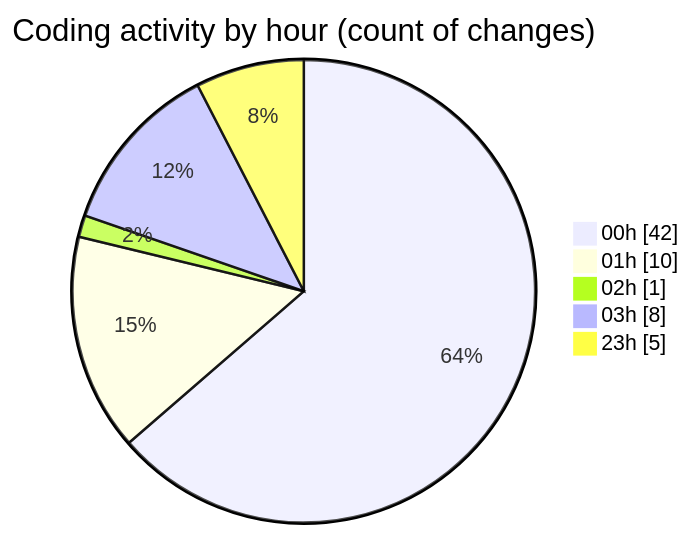
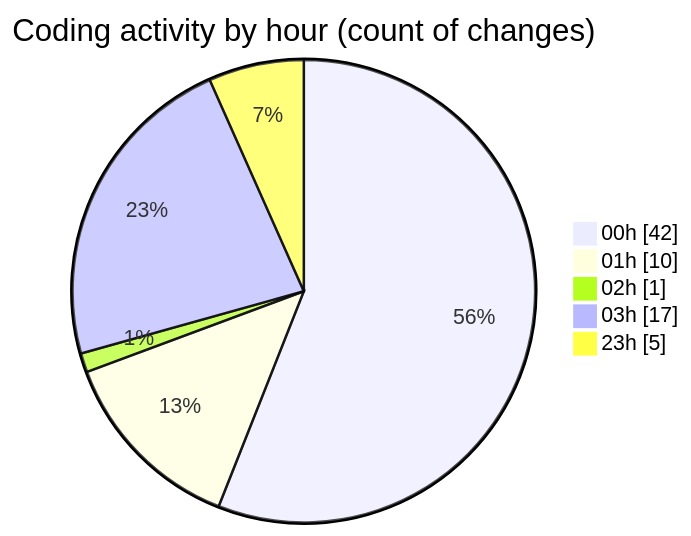
One commit to julien-gomy/code-tracking changed the second of 2 diagrams in 2025-11-27/eventscop-frontend-guide__workspace_/README.md. Above: the diagram before and after it, drawn with Mermaid. The commit also changed other lines of this file and 1 other file, not shown here.

````diff
--- a/2025-11-27/eventscop-frontend-guide__workspace_/README.md
+++ b/2025-11-27/eventscop-frontend-guide__workspace_/README.md
@@ -48,9 +48,9 @@
 ```mermaid
 pie showData
 title Coding activity by hour (count of changes)
 "00h" : 42
 "01h" : 10
 "02h" : 1
-"03h" : 8
+"03h" : 17
 "23h" : 5
 ```
````
